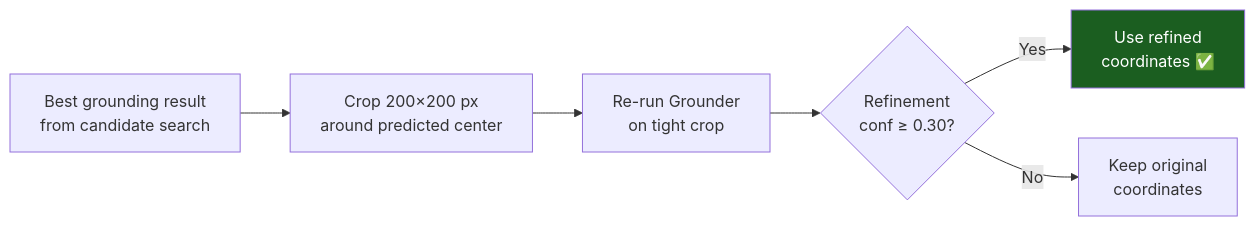
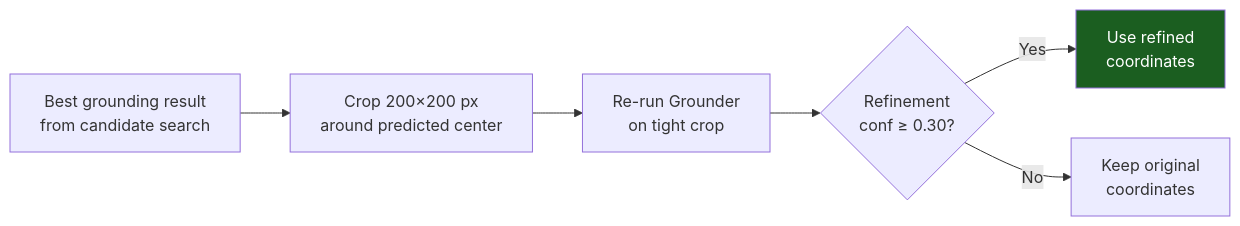
The eighth of 19 diagrams in doc/methodology.md (ZiadMD/ScreenSeekeR-Desktop-Automation), drawn with Mermaid before and after one commit. The commit also changed other lines of this file and 3 other files, not shown here.

````diff
--- a/doc/methodology.md
+++ b/doc/methodology.md
@@ -367,15 +367,15 @@
 ```mermaid
 graph LR
     BEST["Best grounding result<br/>from candidate search"]
     CROP200["Crop 200×200 px<br/>around predicted center"]
     REGROUND["Re-run Grounder<br/>on tight crop"]
     ACCEPT{"Refinement<br/>conf ≥ 0.30?"}
-    REFINED["Use refined<br/>coordinates ✅"]
+    REFINED["Use refined<br/>coordinates"]
     ORIGINAL["Keep original<br/>coordinates"]
 
     BEST --> CROP200 --> REGROUND --> ACCEPT
     ACCEPT -->|Yes| REFINED
     ACCEPT -->|No| ORIGINAL
 
     style REFINED fill:#1b5e20,color:#fff
 ```
````
